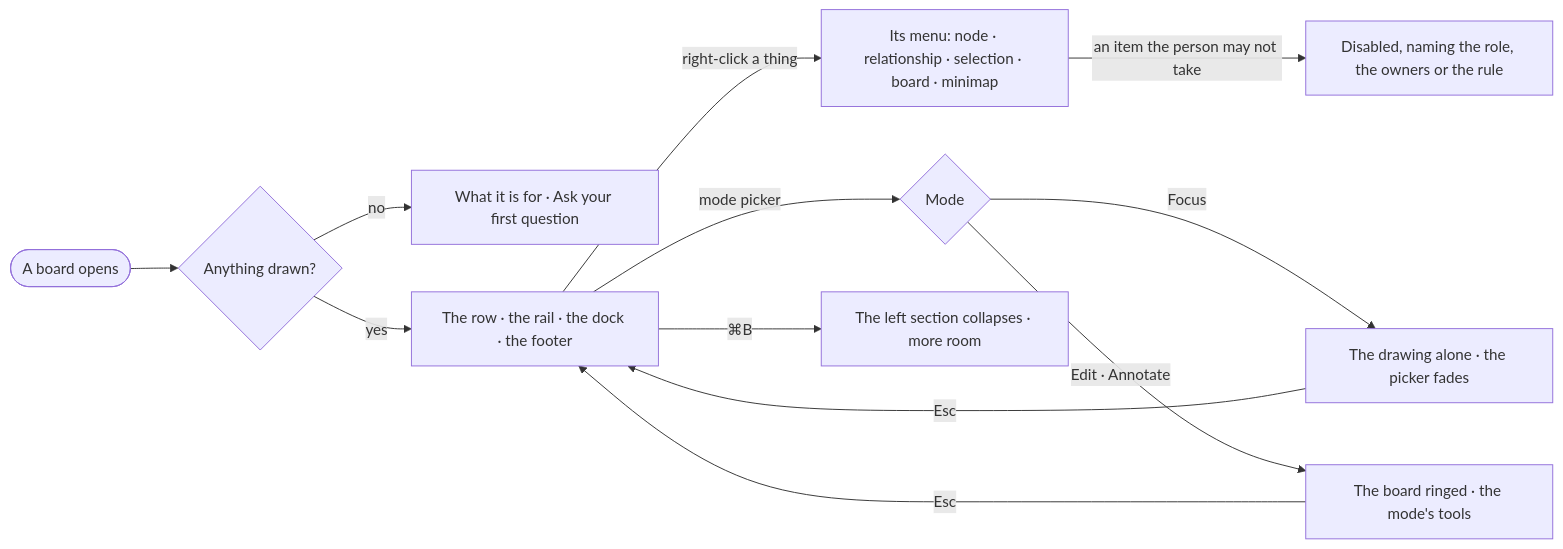
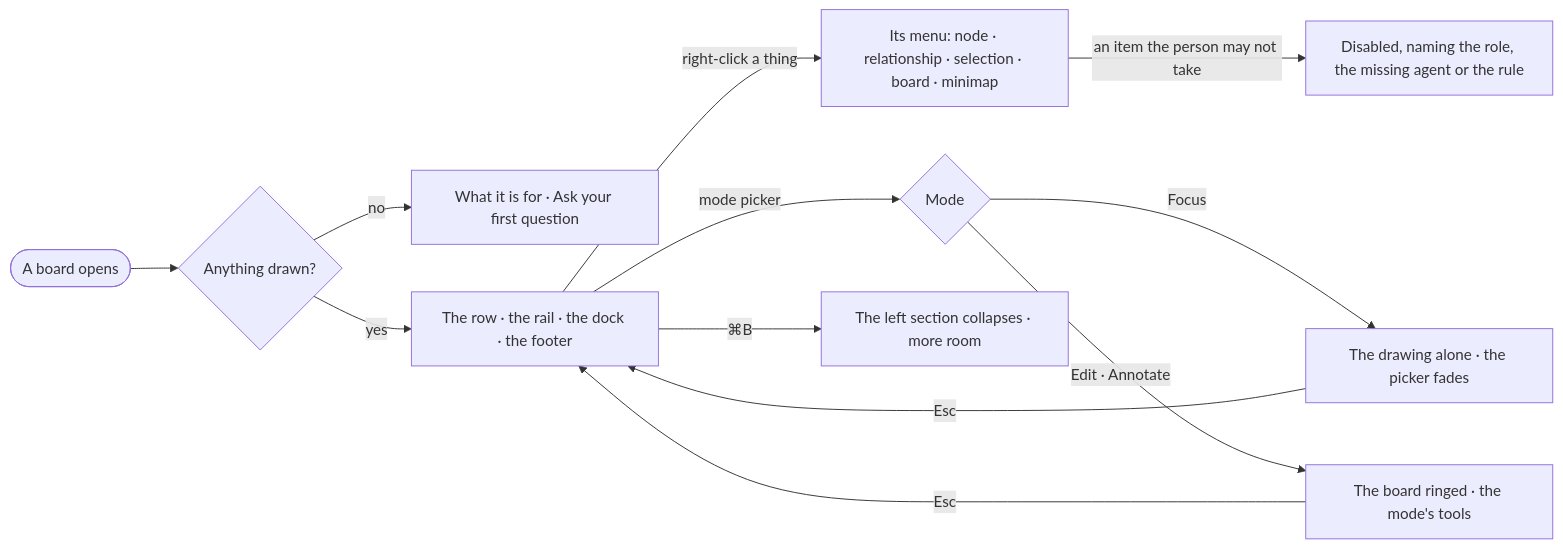
Before and after one commit to invana/invana: the diagram in specs/capabilities/explore/features/EX-F01-the-board-and-its-canvas/stories/EX-18-a-quiet-board/story.md, drawn with Mermaid. The commit also changed other lines of this file and 300 other files, not shown here.

````diff
--- a/specs/capabilities/explore/features/EX-F01-the-board-and-its-canvas/stories/EX-18-a-quiet-board/story.md
+++ b/specs/capabilities/explore/features/EX-F01-the-board-and-its-canvas/stories/EX-18-a-quiet-board/story.md
@@ -26,14 +28,14 @@
 ```mermaid
 flowchart LR
   a([A board opens]) --> q{Anything drawn?}
   q -->|no| e["What it is for · Ask your first question"]
   q -->|yes| b["The row · the rail · the dock · the footer"]
   b -->|right-click a thing| m["Its menu: node · relationship · selection · board · minimap"]
-  m -->|an item the person may not take| dis["Disabled, naming the role, the owners or the rule"]
+  m -->|an item the person may not take| dis["Disabled, naming the role, the missing agent or the rule"]
   b -->|mode picker| md{Mode}
   md -->|Focus| f["The drawing alone · the picker fades"]
   md -->|Edit · Annotate| w["The board ringed · the mode's tools"]
   f -->|Esc| b
   w -->|Esc| b
   b -->|⌘B| c["The left section collapses · more room"]
 ```
````
